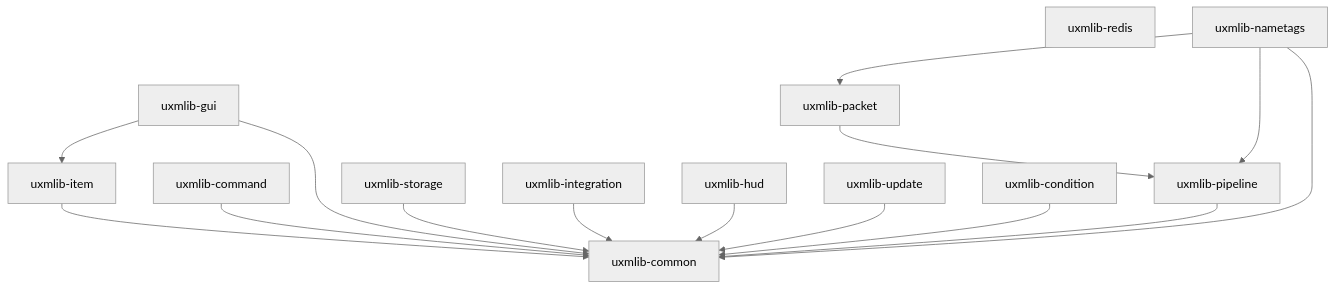
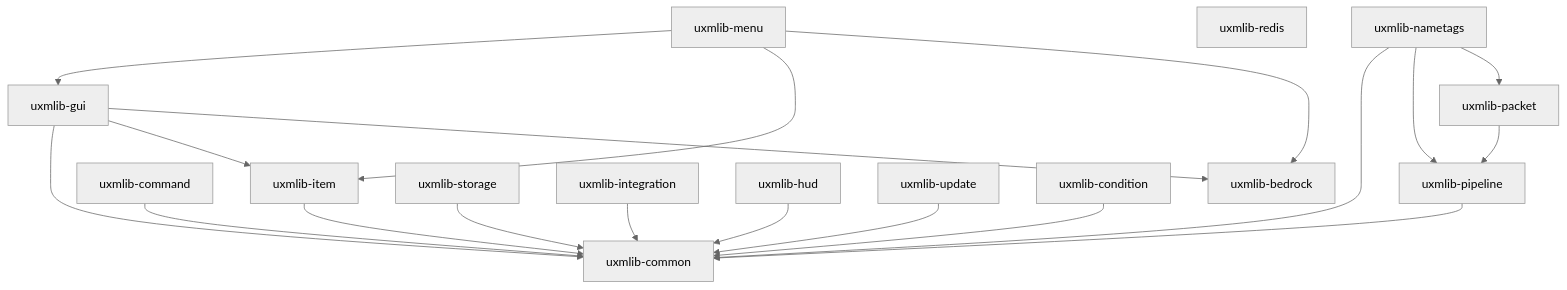
One commit to siracozmen01/uxmLib changed the diagram in README.md. Above: the diagram before and after it, drawn with Mermaid (neutral theme). The commit also changed other lines of this file, not shown here.

````diff
--- a/README.md
+++ b/README.md
@@ -119,19 +123,24 @@
 ```mermaid
 graph TD
     common[uxmlib-common]
     item[uxmlib-item] --> common
     command[uxmlib-command] --> common
+    bedrock[uxmlib-bedrock]
     gui[uxmlib-gui] --> common
     gui --> item
+    gui --> bedrock
+    menu[uxmlib-menu] --> gui
+    menu --> item
+    menu --> bedrock
     storage[uxmlib-storage] --> common
     integration[uxmlib-integration] --> common
     hud[uxmlib-hud] --> common
     update[uxmlib-update] --> common
     condition[uxmlib-condition] --> common
     redis[uxmlib-redis]
     pipeline[uxmlib-pipeline] --> common
     packet[uxmlib-packet] --> pipeline
     nametags[uxmlib-nametags] --> common
     nametags --> pipeline
     nametags --> packet
 ```
````
